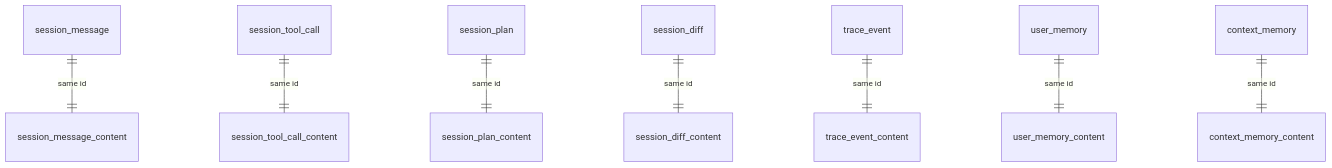
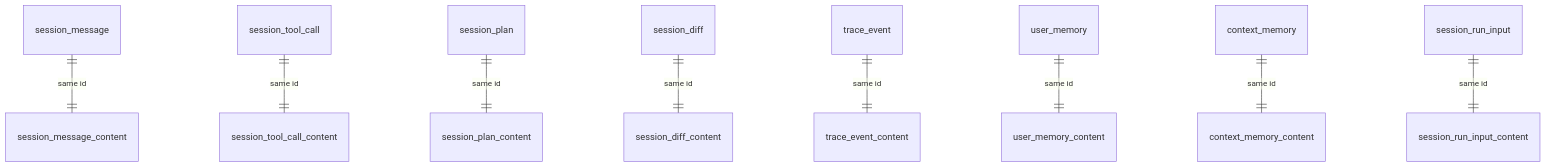
One commit to smista-ai/smista.ai changed the second of 2 diagrams in docs/technical/schema.md. Above: the diagram before and after it, drawn with Mermaid. The commit also changed other lines of this file and 47 other files, not shown here.

````diff
--- a/docs/technical/schema.md
+++ b/docs/technical/schema.md
@@ -194,10 +196,11 @@
 ```mermaid
 erDiagram
     session_message      ||--|| session_message_content      : "same id"
     session_tool_call    ||--|| session_tool_call_content    : "same id"
     session_plan         ||--|| session_plan_content         : "same id"
     session_diff         ||--|| session_diff_content         : "same id"
     trace_event          ||--|| trace_event_content          : "same id"
     user_memory          ||--|| user_memory_content          : "same id"
     context_memory       ||--|| context_memory_content       : "same id"
+    session_run_input    ||--|| session_run_input_content    : "same id"
 ```
````
